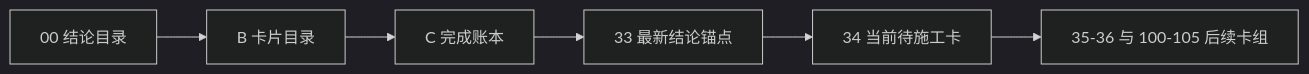
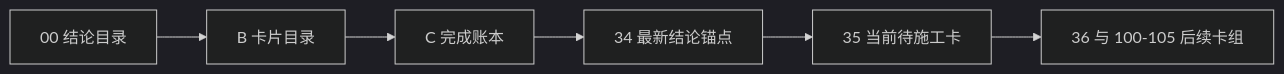
Before and after one commit to everything-is-simple/lifespan-0.01: the diagram in docs/03-execution/A-execution-reading-order-20260409.md, drawn with Mermaid (dark theme). The commit also changed other lines of this file and 19 other files, not shown here.

````diff
--- a/docs/03-execution/A-execution-reading-order-20260409.md
+++ b/docs/03-execution/A-execution-reading-order-20260409.md
@@ -26,8 +25,8 @@
 ```mermaid
 flowchart LR
     CONC["00 结论目录"] --> BCAT["B 卡片目录"]
     BCAT --> CLED["C 完成账本"]
-    CLED --> ANC["33 最新结论锚点"]
-    ANC --> NEXT["34 当前待施工卡"]
-    NEXT --> POST["35-36 与 100-105 后续卡组"]
+    CLED --> ANC["34 最新结论锚点"]
+    ANC --> NEXT["35 当前待施工卡"]
+    NEXT --> POST["36 与 100-105 后续卡组"]
 ```
````
